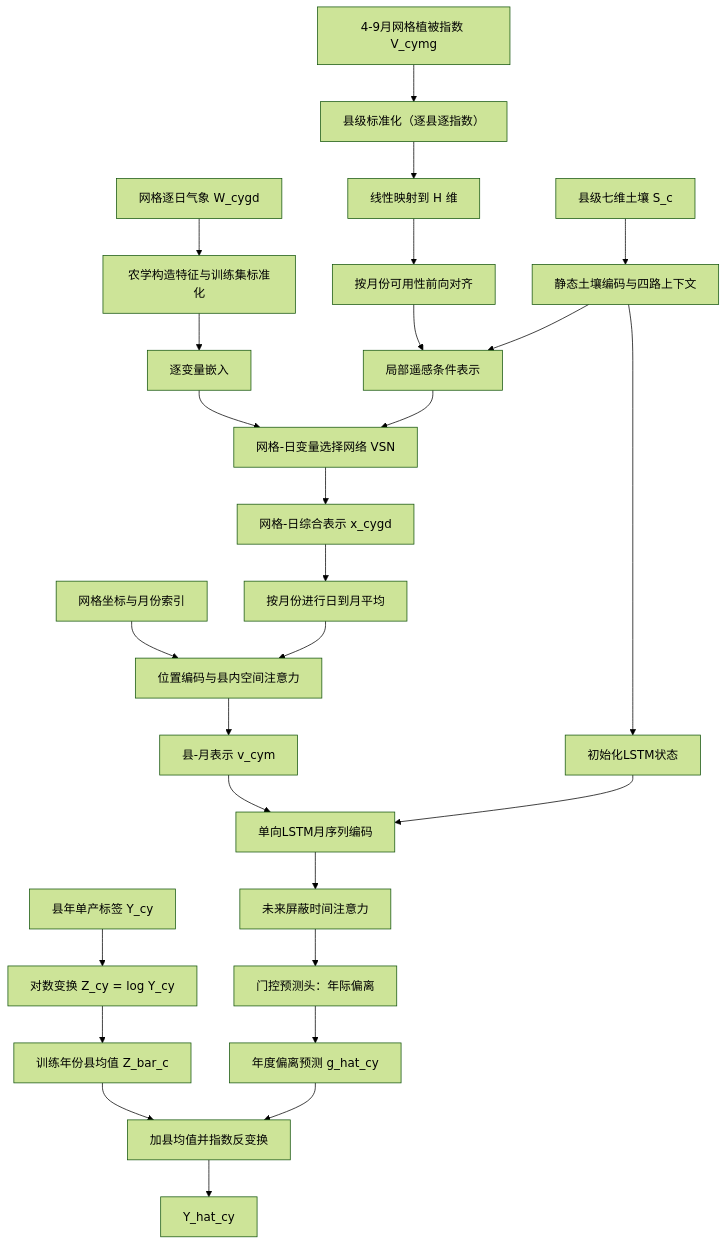
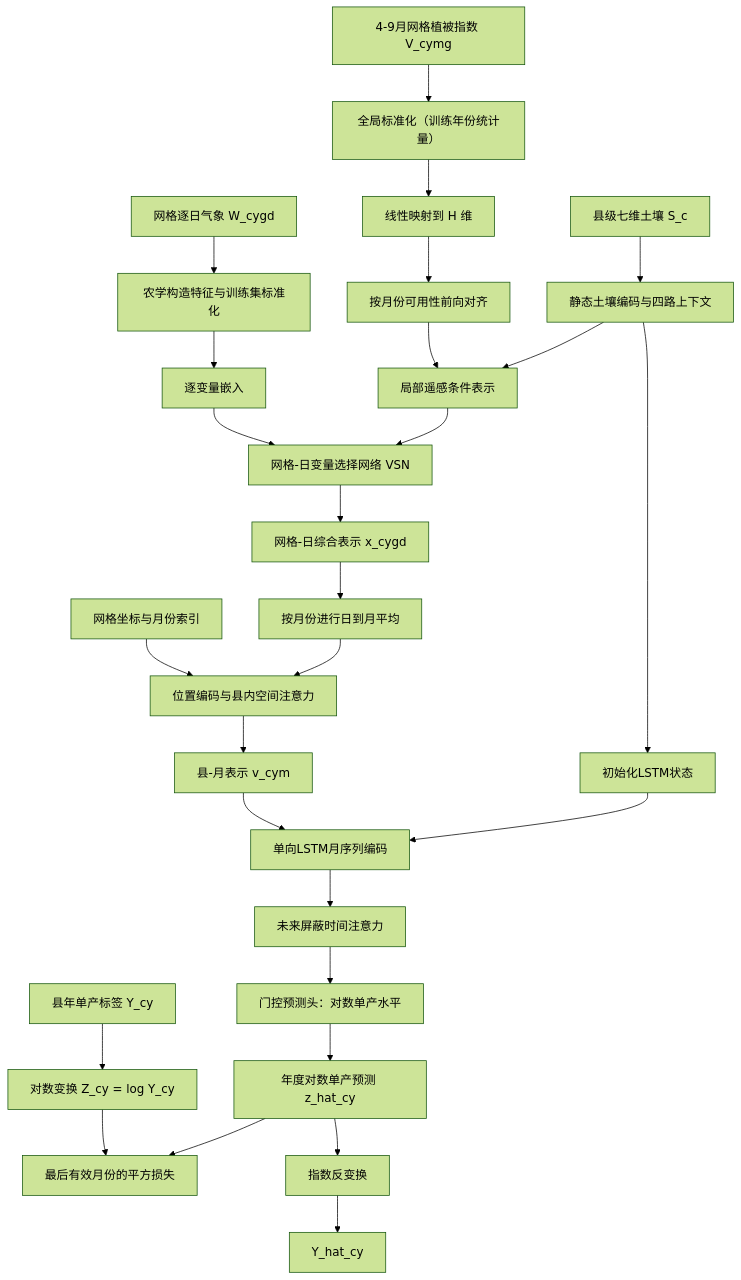
One commit to 15767946495/Product_model changed the diagram in paper.md. Above: the diagram before and after it, drawn with Mermaid (forest theme). The commit also changed other lines of this file and 31 other files, not shown here.

````diff
--- a/paper.md
+++ b/paper.md
@@ -682,29 +628,29 @@
 ```mermaid
 flowchart TD
     A[县年单产标签 Y_cy] --> T[对数变换 Z_cy = log Y_cy]
-    T --> OF[训练年份县均值 Z_bar_c]
+    T --> L[最后有效月份的平方损失]
     W[网格逐日气象 W_cygd] --> F[农学构造特征与训练集标准化]
     F --> E[逐变量嵌入]
-    V[4-9月网格植被指数 V_cymg] --> DV[县级标准化（逐县逐指数）]
+    V[4-9月网格植被指数 V_cymg] --> DV[全局标准化（训练年份统计量）]
     DV --> LM[线性映射到 H 维]
     LM --> R[按月份可用性前向对齐]
     S[县级七维土壤 S_c] --> SC[静态土壤编码与四路上下文]
     R --> LC[局部遥感条件表示]
     SC --> LC
     E --> VS[网格-日变量选择网络 VSN]
     LC --> VS
     VS --> GD[网格-日综合表示 x_cygd]
     GD --> DM[按月份进行日到月平均]
     XY[网格坐标与月份索引] --> SA[位置编码与县内空间注意力]
     DM --> SA
     SA --> CM[县-月表示 v_cym]
     SC --> H0[初始化LSTM状态]
     CM --> LSTM[单向LSTM月序列编码]
     H0 --> LSTM
     LSTM --> CA[未来屏蔽时间注意力]
-    CA --> PH[门控预测头：年际偏离]
-    PH --> M[年度偏离预测 g_hat_cy]
-    OF --> OUT[加县均值并指数反变换]
-    M --> OUT
+    CA --> PH[门控预测头：对数单产水平]
+    PH --> M[年度对数单产预测 z_hat_cy]
+    M --> L
+    M --> OUT[指数反变换]
     OUT --> Y[Y_hat_cy]
 ```
````
